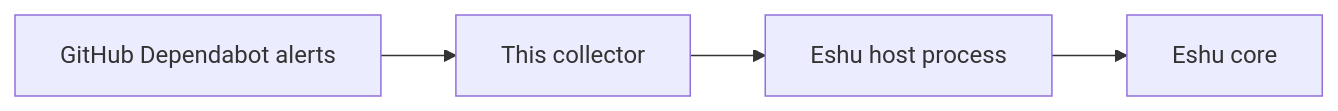
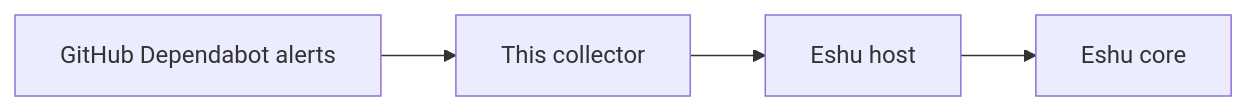
One commit to eshu-hq/eshu-collector-security-alerts changed the diagram in README.md. Above: the diagram before and after it, drawn with Mermaid. The commit also changed other lines of this file and 12 other files, not shown here.

````diff
--- a/README.md
+++ b/README.md
@@ -27,4 +15,4 @@
 ```mermaid
 flowchart LR
-  A["GitHub Dependabot alerts"] --> B["This collector"] --> C["Eshu host process"] --> D["Eshu core"]
+  A["GitHub Dependabot alerts"] --> B["This collector"] --> C["Eshu host"] --> D["Eshu core"]
 ```
````
